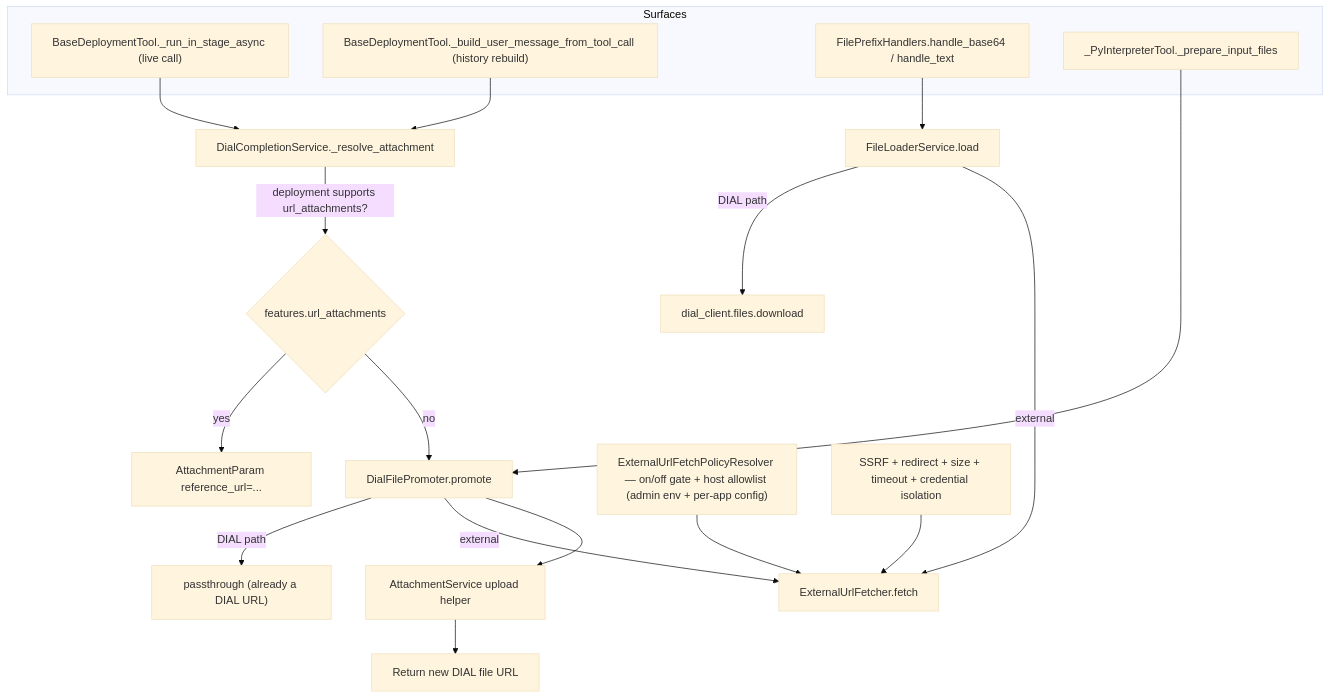
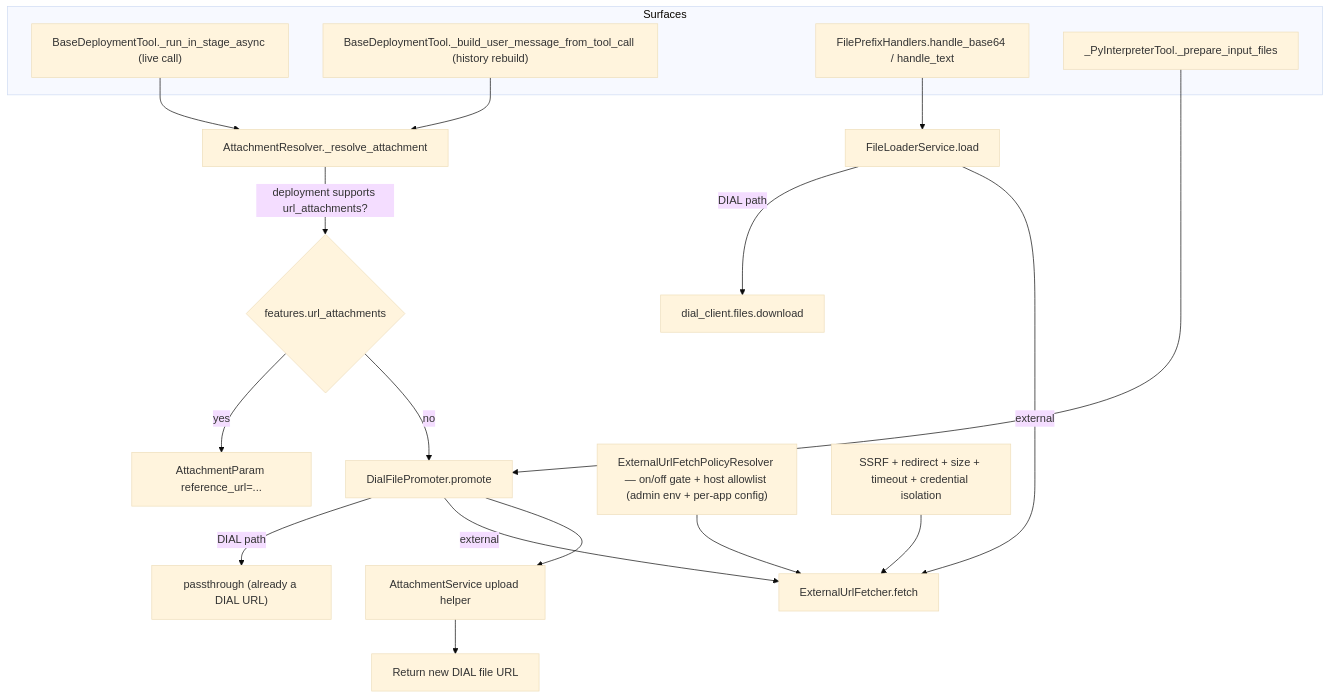
The first of 3 diagrams in docs/designs/external_url_attachments.md (epam/ai-dial-quickapps-backend), drawn with Mermaid (base theme) before and after one commit. The commit also changed other lines of this file and 28 other files, not shown here.

````diff
--- a/docs/designs/external_url_attachments.md
+++ b/docs/designs/external_url_attachments.md
@@ -146,30 +146,30 @@
 ```mermaid
 flowchart TD
     subgraph Surfaces
         A1a["BaseDeploymentTool._run_in_stage_async (live call)"]
         A1b["BaseDeploymentTool._build_user_message_from_tool_call (history rebuild)"]
         A2["FilePrefixHandlers.handle_base64 / handle_text"]
         A3["_PyInterpreterTool._prepare_input_files"]
     end
 
-    A1a --> Resolve["DialCompletionService._resolve_attachment"]
+    A1a --> Resolve["AttachmentResolver._resolve_attachment"]
     A1b --> Resolve
     Resolve -->|"deployment supports url_attachments?"| C{"features.url_attachments"}
     C -->|"yes"| R1["AttachmentParam reference_url=..."]
     C -->|"no"| P
     A2 --> L
     A3 --> P
 
     L["FileLoaderService.load"]
     P["DialFilePromoter.promote"]
 
     L -->|"DIAL path"| D1["dial_client.files.download"]
     L -->|"external"| E["ExternalUrlFetcher.fetch"]
     P -->|"DIAL path"| D2["passthrough (already a DIAL URL)"]
     P -->|"external"| E
     P --> U["AttachmentService upload helper"]
     U --> R2["Return new DIAL file URL"]
 
     G["ExternalUrlFetchPolicyResolver — on/off gate + host allowlist (admin env + per-app config)"] --> E
     S["SSRF + redirect + size + timeout + credential isolation"] --> E
 ```
````
